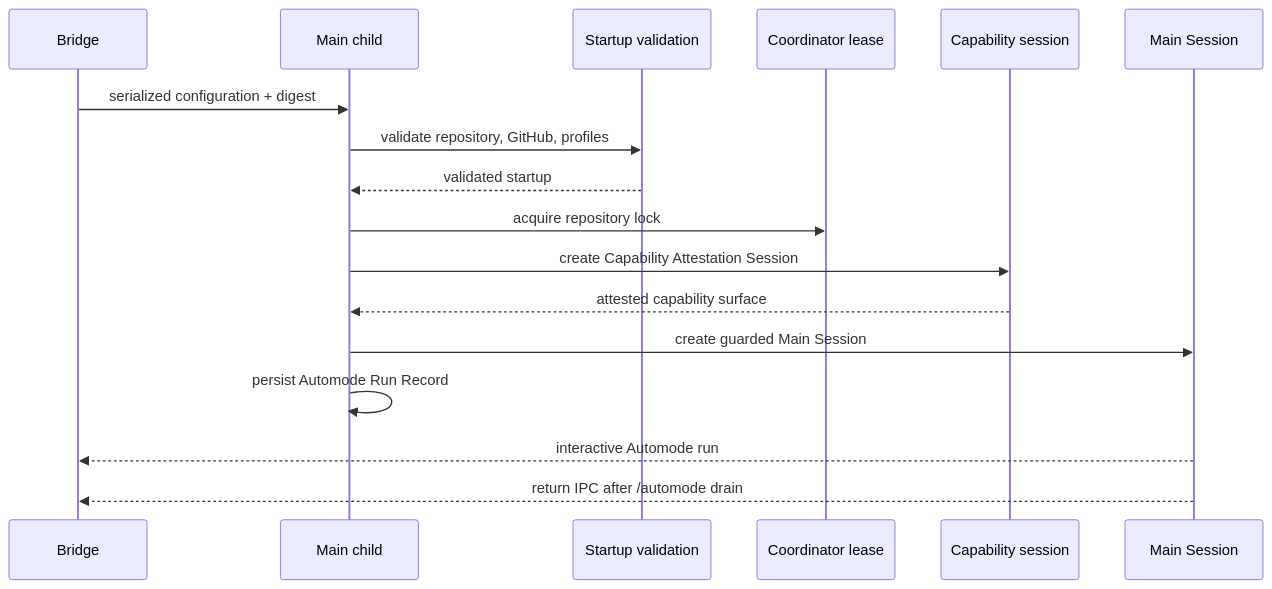
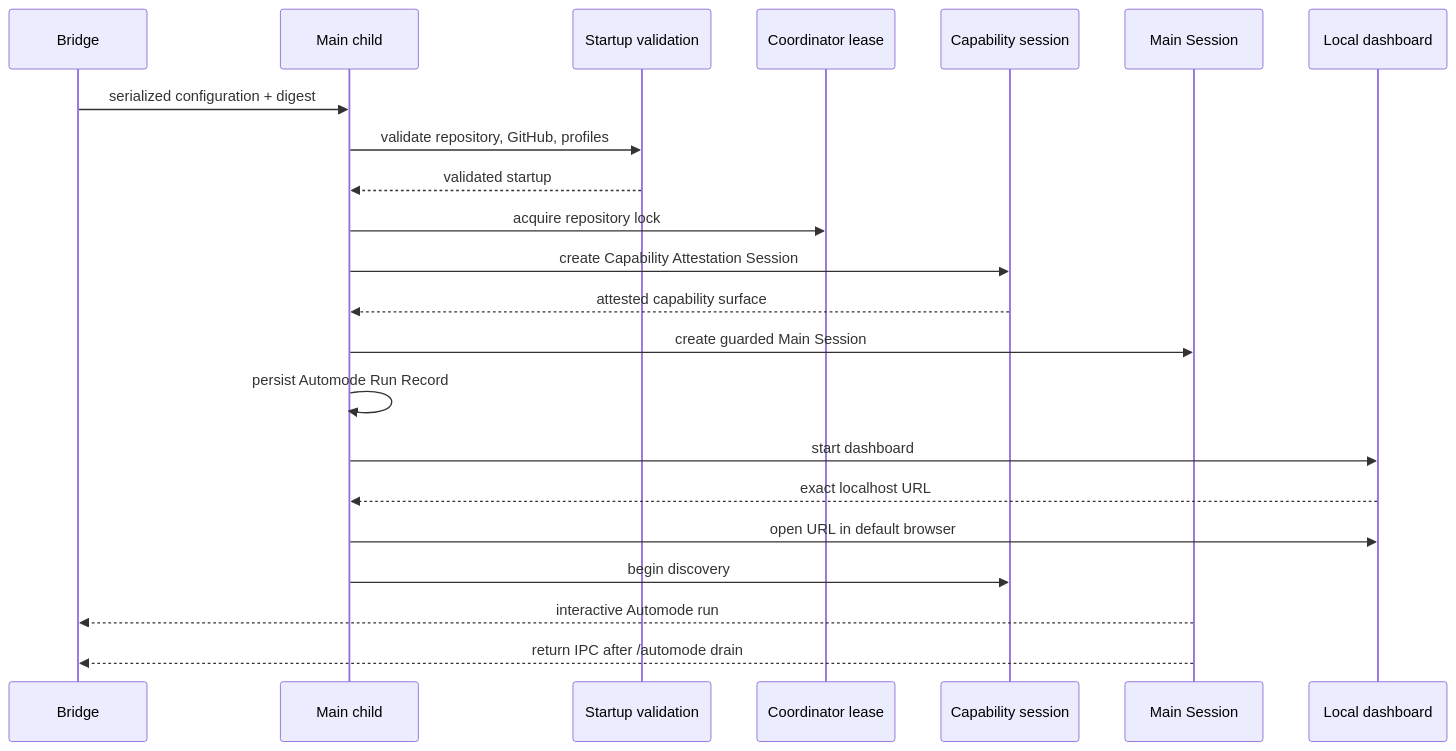
The diagram in openwiki/architecture/overview.md (stanley50z/sz-pi-auto-mode), drawn with Mermaid before and after one commit. The commit also changed other lines of this file and 16 other files, not shown here.

````diff
--- a/openwiki/architecture/overview.md
+++ b/openwiki/architecture/overview.md
@@ -44,19 +44,24 @@
 ```mermaid
 sequenceDiagram
   participant B as Bridge
   participant M as Main child
   participant V as Startup validation
   participant L as Coordinator lease
   participant C as Capability session
   participant S as Main Session
+  participant D as Local dashboard
   B->>M: serialized configuration + digest
   M->>V: validate repository, GitHub, profiles
   V-->>M: validated startup
   M->>L: acquire repository lock
   M->>C: create Capability Attestation Session
   C-->>M: attested capability surface
   M->>S: create guarded Main Session
   M->>M: persist Automode Run Record
+  M->>D: start dashboard
+  D-->>M: exact localhost URL
+  M->>D: open URL in default browser
+  M->>C: begin discovery
   S-->>B: interactive Automode run
   S-->>B: return IPC after /automode drain
 ```
````
